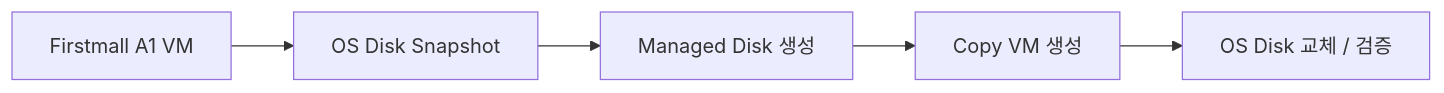
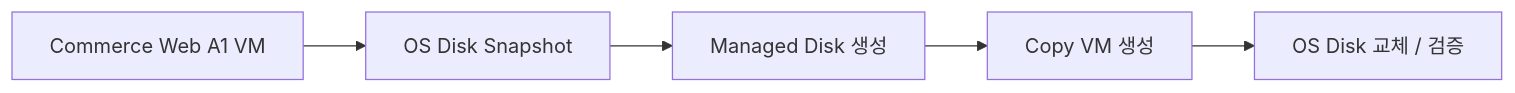
One commit to min-ser/min-ser.github.io changed the third of 4 diagrams in content/03_PROJECTS/2023-milvus-azure-infra.md. Above: the diagram before and after it, drawn with Mermaid. The commit also changed other lines of this file and 34 other files, not shown here.

````diff
--- a/content/03_PROJECTS/2023-milvus-azure-infra.md
+++ b/content/03_PROJECTS/2023-milvus-azure-infra.md
@@ -76,7 +76,7 @@
 ```mermaid
 flowchart LR
-    A1[Firstmall A1 VM] --> SNAP[OS Disk Snapshot]
+    A1[Commerce Web A1 VM] --> SNAP[OS Disk Snapshot]
     SNAP --> DISK[Managed Disk 생성]
     DISK --> COPY[Copy VM 생성]
     COPY --> SWAP[OS Disk 교체 / 검증]
 ```
````
